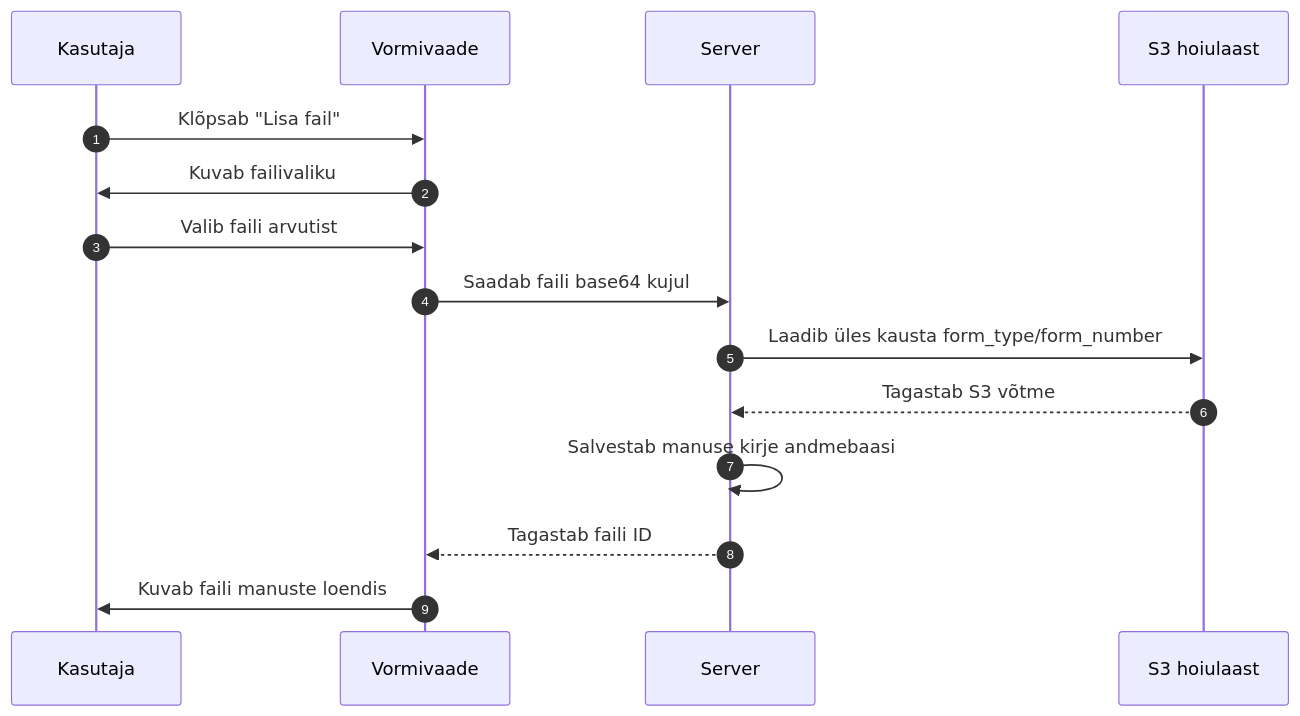
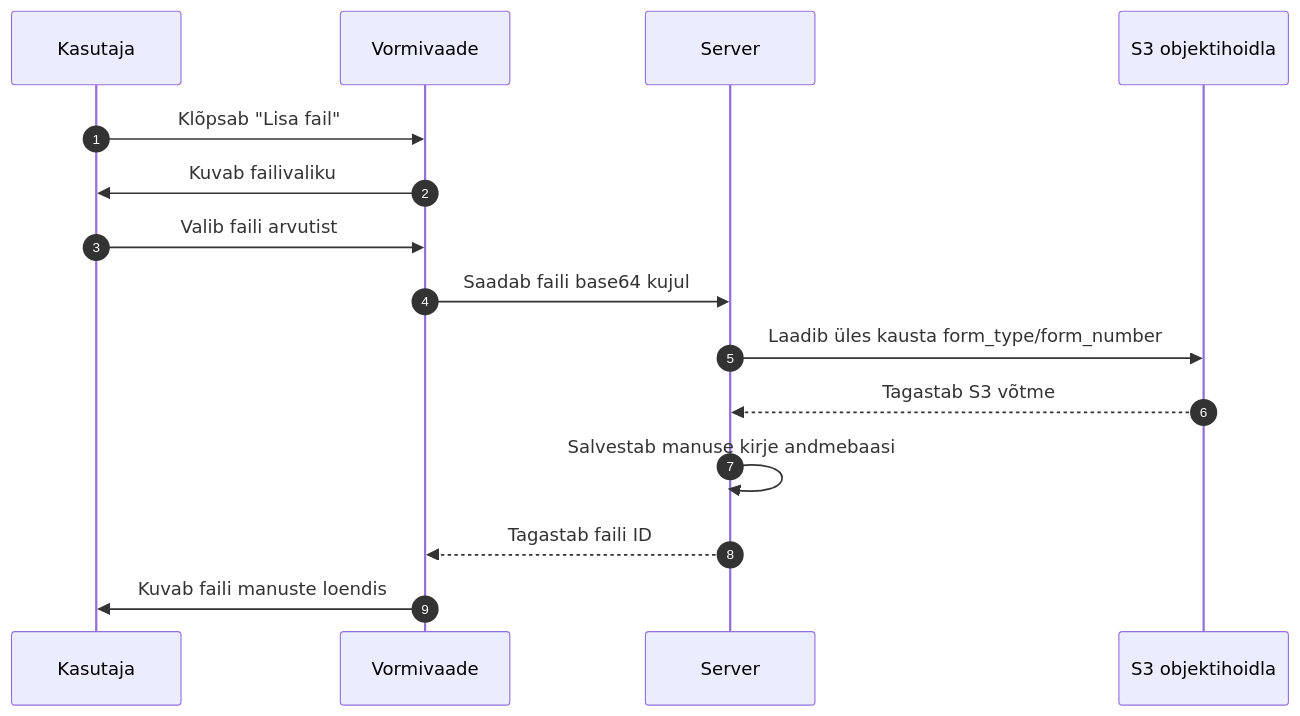
The diagram in docs/user-guide/14-failide-lisamine.md (kemit-ee/ljvis-2), drawn with Mermaid before and after one commit. The commit also changed other lines of this file and 85 other files, not shown here.

````diff
--- a/docs/user-guide/14-failide-lisamine.md
+++ b/docs/user-guide/14-failide-lisamine.md
@@ -25,18 +25,18 @@
 ```mermaid
 sequenceDiagram
     autonumber
     participant K as Kasutaja
     participant V as Vormivaade
     participant S as Server
-    participant S3 as S3 hoiulaast
+    participant S3 as S3 objektihoidla
 
     K->>V: Klõpsab "Lisa fail"
     V->>K: Kuvab failivaliku
     K->>V: Valib faili arvutist
     V->>S: Saadab faili base64 kujul
     S->>S3: Laadib üles kausta form_type/form_number
     S3-->>S: Tagastab S3 võtme
     S->>S: Salvestab manuse kirje andmebaasi
     S-->>V: Tagastab faili ID
     V->>K: Kuvab faili manuste loendis
 ```
````
